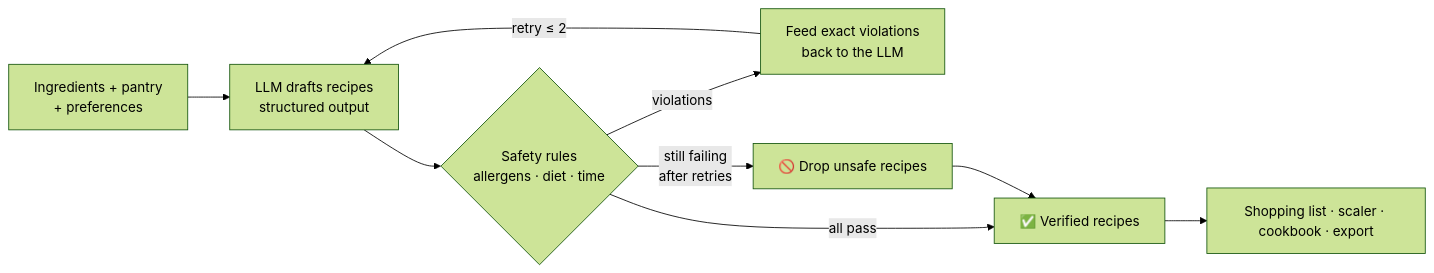
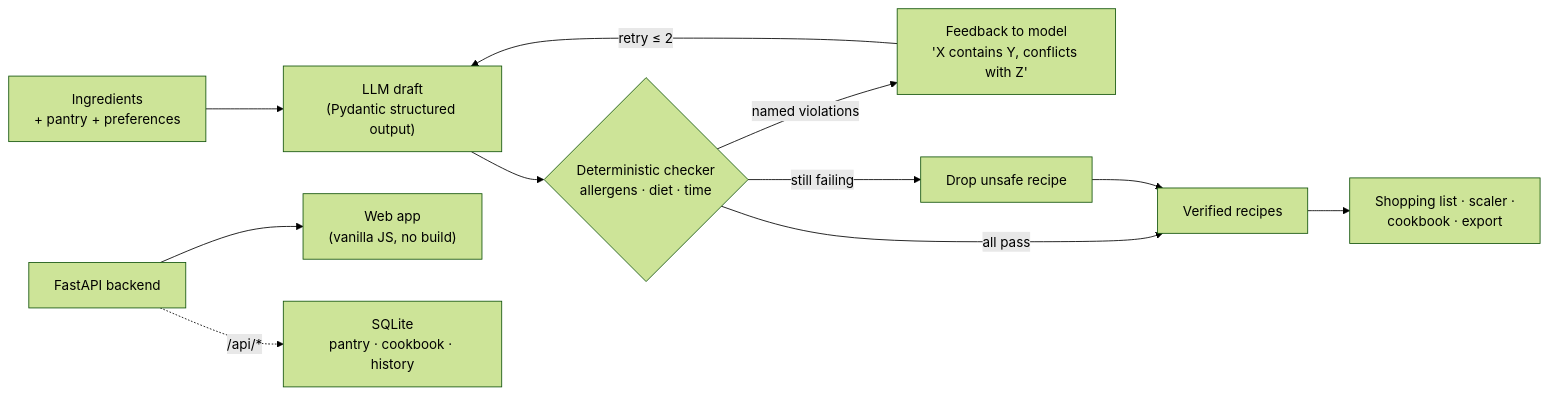
Before and after one commit to MaddipatlaChetan24/SafePlate: the diagram in README.md, drawn with Mermaid (forest theme). The commit also changed other lines of this file and 30 other files, not shown here.

````diff
--- a/README.md
+++ b/README.md
@@ -48,11 +45,14 @@
 ```mermaid
 flowchart LR
-    U[Ingredients + pantry<br/>+ preferences] --> G[LLM drafts recipes<br/>structured output]
-    G --> V{Safety rules<br/>allergens · diet · time}
-    V -- all pass --> OK[✅ Verified recipes]
-    V -- violations --> F[Feed exact violations<br/>back to the LLM]
-    F -->|retry ≤ 2| G
-    V -- still failing<br/>after retries --> D[🚫 Drop unsafe recipes]
-    D --> OK
-    OK --> S[Shopping list · scaler · cookbook · export]
+    A["Ingredients\n+ pantry + preferences"] --> B["LLM draft\n(Pydantic structured output)"]
+    B --> C{"Deterministic checker\nallergens · diet · time"}
+    C -->|"all pass"| E["Verified recipes"]
+    C -->|"named violations"| D["Feedback to model\n'X contains Y, conflicts with Z'"]
+    D -->|"retry ≤ 2"| B
+    C -->|"still failing"| F["Drop unsafe recipe"]
+    F --> E
+    E --> G["Shopping list · scaler ·\ncookbook · export"]
+
+    H["FastAPI backend"] --> I["Web app\n(vanilla JS, no build)"]
+    H -.->|"/api/*"| J["SQLite\npantry · cookbook · history"]
 ```
````
